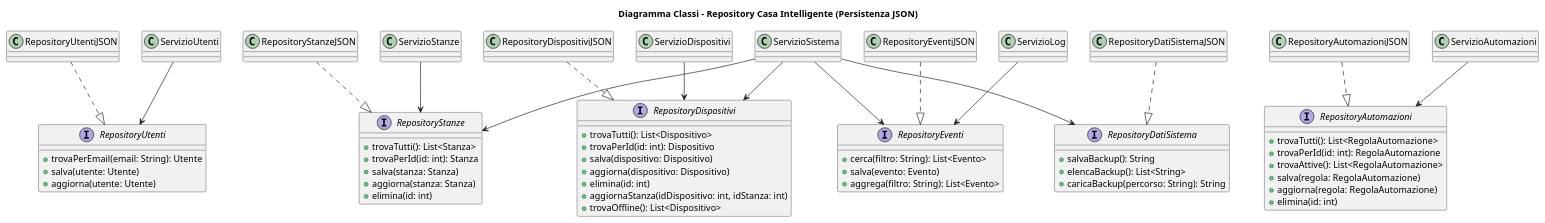
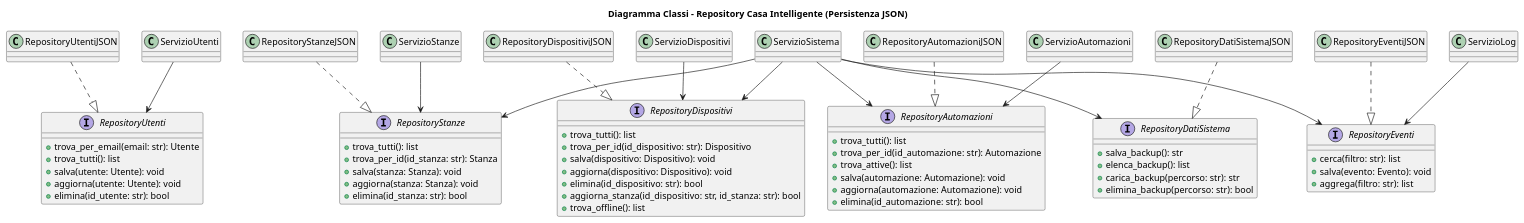
One commit to LapoCremonesi/ingegneria_del_software changed the diagram in diagramma_classi/classi_repository.puml. Above: the diagram before and after it, drawn with PlantUML. The commit also changed 69 other files, not shown here.

```diff
--- a/diagramma_classi/classi_repository.puml
+++ b/diagramma_classi/classi_repository.puml
@@ -1,85 +1,89 @@
 @startuml
 title Diagramma Classi - Repository Casa Intelligente (Persistenza JSON)
 
 interface RepositoryUtenti {
-  +trovaPerEmail(email: String): Utente
-  +salva(utente: Utente)
-  +aggiorna(utente: Utente)
+  +trova_per_email(email: str): Utente
+  +trova_tutti(): list
+  +salva(utente: Utente): void
+  +aggiorna(utente: Utente): void
+  +elimina(id_utente: str): bool
 }
 
 interface RepositoryStanze {
-  +trovaTutti(): List<Stanza>
-  +trovaPerId(id: int): Stanza
-  +salva(stanza: Stanza)
-  +aggiorna(stanza: Stanza)
-  +elimina(id: int)
+  +trova_tutti(): list
+  +trova_per_id(id_stanza: str): Stanza
+  +salva(stanza: Stanza): void
+  +aggiorna(stanza: Stanza): void
+  +elimina(id_stanza: str): bool
 }
 
 interface RepositoryDispositivi {
-  +trovaTutti(): List<Dispositivo>
-  +trovaPerId(id: int): Dispositivo
-  +salva(dispositivo: Dispositivo)
-  +aggiorna(dispositivo: Dispositivo)
-  +elimina(id: int)
-  +aggiornaStanza(idDispositivo: int, idStanza: int)
-  +trovaOffline(): List<Dispositivo>
+  +trova_tutti(): list
+  +trova_per_id(id_dispositivo: str): Dispositivo
+  +salva(dispositivo: Dispositivo): void
+  +aggiorna(dispositivo: Dispositivo): void
+  +elimina(id_dispositivo: str): bool
+  +aggiorna_stanza(id_dispositivo: str, id_stanza: str): bool
+  +trova_offline(): list
 }
 
 interface RepositoryAutomazioni {
-  +trovaTutti(): List<RegolaAutomazione>
-  +trovaPerId(id: int): RegolaAutomazione
-  +trovaAttive(): List<RegolaAutomazione>
-  +salva(regola: RegolaAutomazione)
-  +aggiorna(regola: RegolaAutomazione)
-  +elimina(id: int)
+  +trova_tutti(): list
+  +trova_per_id(id_automazione: str): Automazione
+  +trova_attive(): list
+  +salva(automazione: Automazione): void
+  +aggiorna(automazione: Automazione): void
+  +elimina(id_automazione: str): bool
 }
 
 interface RepositoryEventi {
-  +cerca(filtro: String): List<Evento>
-  +salva(evento: Evento)
-  +aggrega(filtro: String): List<Evento>
+  +cerca(filtro: str): list
+  +salva(evento: Evento): void
+  +aggrega(filtro: str): list
 }
 
 interface RepositoryDatiSistema {
-  +salvaBackup(): String
-  +elencaBackup(): List<String>
-  +caricaBackup(percorso: String): String
+  +salva_backup(): str
+  +elenca_backup(): list
+  +carica_backup(percorso: str): str
+  +elimina_backup(percorso: str): bool
 }
 
 class RepositoryUtentiJSON {
 }
 class RepositoryStanzeJSON {
 }
 class RepositoryDispositiviJSON {
 }
 class RepositoryAutomazioniJSON {
 }
 class RepositoryEventiJSON {
 }
 class RepositoryDatiSistemaJSON {
 }
 
 RepositoryUtentiJSON ..|> RepositoryUtenti
 RepositoryStanzeJSON ..|> RepositoryStanze
 RepositoryDispositiviJSON ..|> RepositoryDispositivi
 RepositoryAutomazioniJSON ..|> RepositoryAutomazioni
 RepositoryEventiJSON ..|> RepositoryEventi
 RepositoryDatiSistemaJSON ..|> RepositoryDatiSistema
 
 class ServizioUtenti
 class ServizioStanze
 class ServizioDispositivi
 class ServizioAutomazioni
 class ServizioLog
 class ServizioSistema
 
 ServizioUtenti --> RepositoryUtenti
 ServizioStanze --> RepositoryStanze
 ServizioDispositivi --> RepositoryDispositivi
 ServizioAutomazioni --> RepositoryAutomazioni
 ServizioLog --> RepositoryEventi
 ServizioSistema --> RepositoryStanze
 ServizioSistema --> RepositoryDispositivi
 ServizioSistema --> RepositoryEventi
 ServizioSistema --> RepositoryDatiSistema
+ServizioSistema --> RepositoryAutomazioni
 @enduml
```
